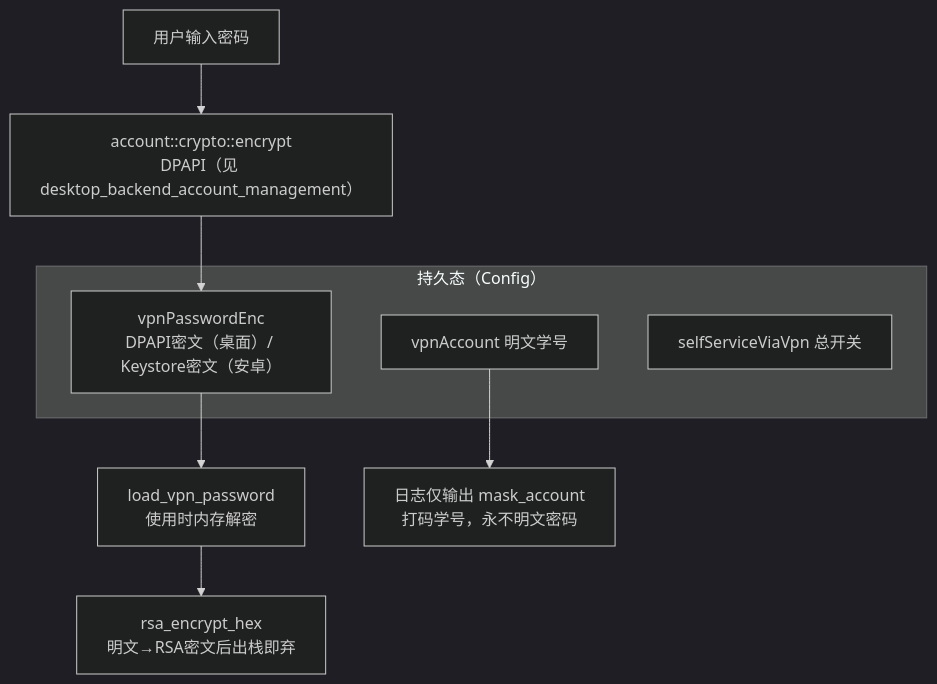
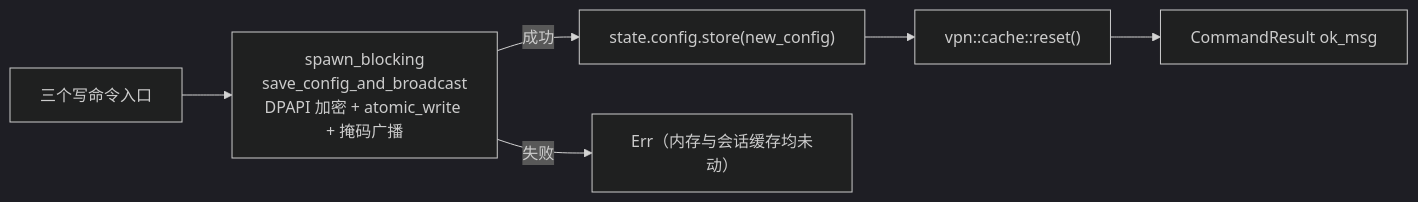
The ninth of 10 diagrams in .codewiki/modules/desktop-backend-vpn-integration.md (ikliml666/Wxxy-CampusLogin), drawn with Mermaid (dark theme) before and after one commit. The commit also changed other lines of this file and 15 other files, not shown here.

````diff
--- a/.codewiki/modules/desktop-backend-vpn-integration.md
+++ b/.codewiki/modules/desktop-backend-vpn-integration.md
@@ -213,14 +538,13 @@
 ```mermaid
-flowchart TB
-    subgraph STORAGE["持久态（Config）"]
-        ACC["vpnAccount 明文学号"]
-        ENC["vpnPasswordEnc<br/>DPAPI密文（桌面）/ Keystore密文（安卓）"]
-        SW["selfServiceViaVpn 总开关"]
-    end
+flowchart LR
+    CMD["三个写命令入口"]
+    DISK["spawn_blocking<br/>save_config_and_broadcast<br/>DPAPI 加密 + atomic_write + 掩码广播"]
+    MEM["state.config.store(new_config)"]
+    RESET["vpn::cache::reset()"]
+    OK["CommandResult ok_msg"]
+    FAIL["Err（内存与会话缓存均未动）"]
 
-    INPUT["用户输入密码"] --> ENC_FN["account::crypto::encrypt<br/>DPAPI（见 desktop_backend_account_management）"]
-    ENC_FN --> ENC
-    ENC --> DEC["load_vpn_password<br/>使用时内存解密"]
-    DEC --> RSA_E["rsa_encrypt_hex<br/>明文→RSA密文后出栈即弃"]
-    ACC --> LOG["日志仅输出 mask_account<br/>打码学号，永不明文密码"]
+    CMD --> DISK
+    DISK -- "成功" --> MEM --> RESET --> OK
+    DISK -- "失败" --> FAIL
 ```
````
